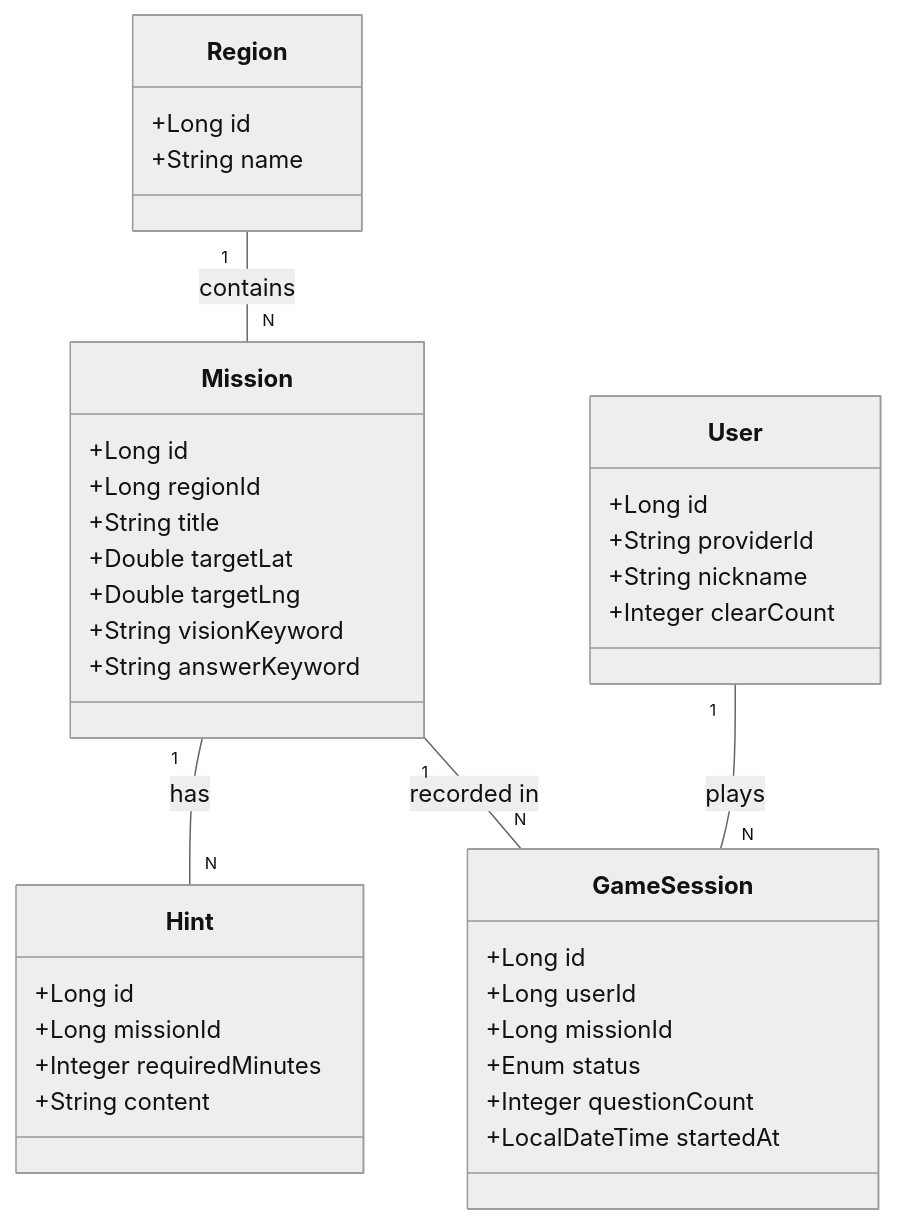
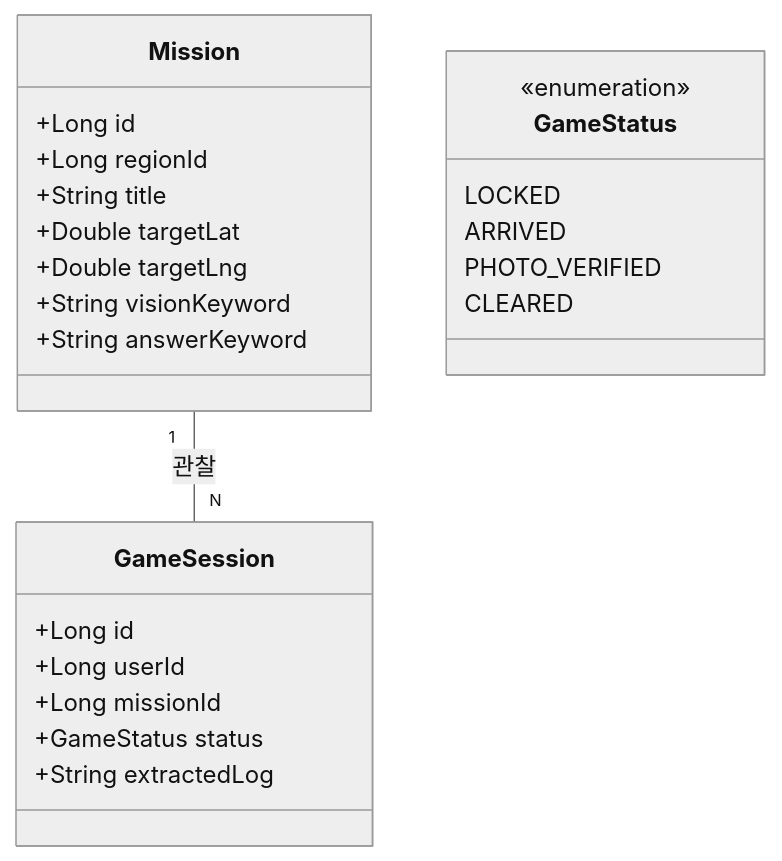
Before and after one commit to KangHSoon/operation-seoul: the second of 3 diagrams in README.md, drawn with Mermaid (neutral theme). The commit also changed other lines of this file and 17 other files, not shown here.

Commit message:
docs: 시각화 다이어그램을 포함한 전체 README.md 개편\- Mermaid 기반 시스템 아키텍처 다이어그램 추가 - 핵심 도메인 모델(Class Diagram) 시각화 - 프로젝트 계층 구조 및 업무 분담 규칙 명시 - SSE 스트리밍, 타자기 버퍼 등 최신 구현 기술 반영

````diff
--- a/README.md
+++ b/README.md
@@ -50,45 +51,28 @@
 ```mermaid
 classDiagram
-    class User {
-        +Long id
-        +String providerId
-        +String nickname
-        +Integer clearCount
-    }
-
-    class Region {
-        +Long id
-        +String name
-    }
-
     class Mission {
         +Long id
         +Long regionId
         +String title
         +Double targetLat
         +Double targetLng
         +String visionKeyword
         +String answerKeyword
     }
-
-    class Hint {
-        +Long id
-        +Long missionId
-        +Integer requiredMinutes
-        +String content
-    }
-
     class GameSession {
         +Long id
         +Long userId
         +Long missionId
-        +Enum status
-        +Integer questionCount
-        +LocalDateTime startedAt
+        +GameStatus status
+        +String extractedLog
+    }
+    class GameStatus {
+        <<enumeration>>
+        LOCKED
+        ARRIVED
+        PHOTO_VERIFIED
+        CLEARED
     }
 
-    Region "1" -- "N" Mission : contains
-    Mission "1" -- "N" Hint : has
-    User "1" -- "N" GameSession : plays
-    Mission "1" -- "N" GameSession : recorded in
+    Mission "1" -- "N" GameSession : 관찰
 ```
````
